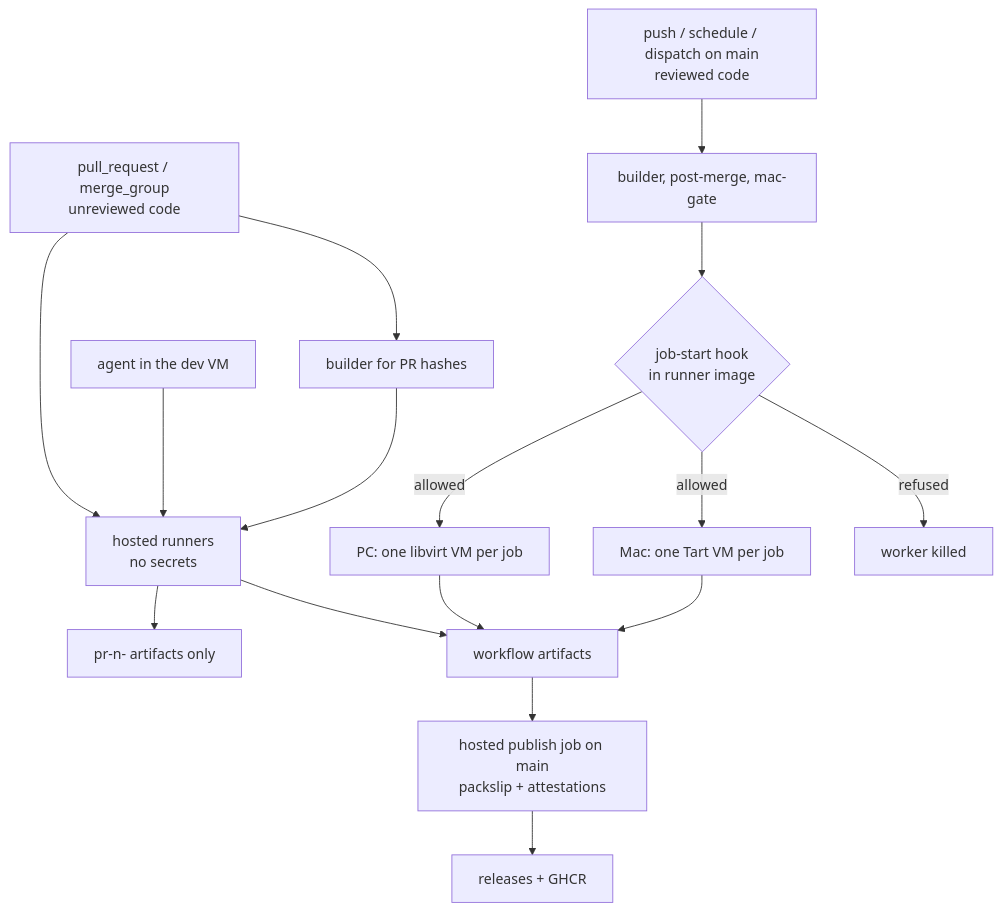
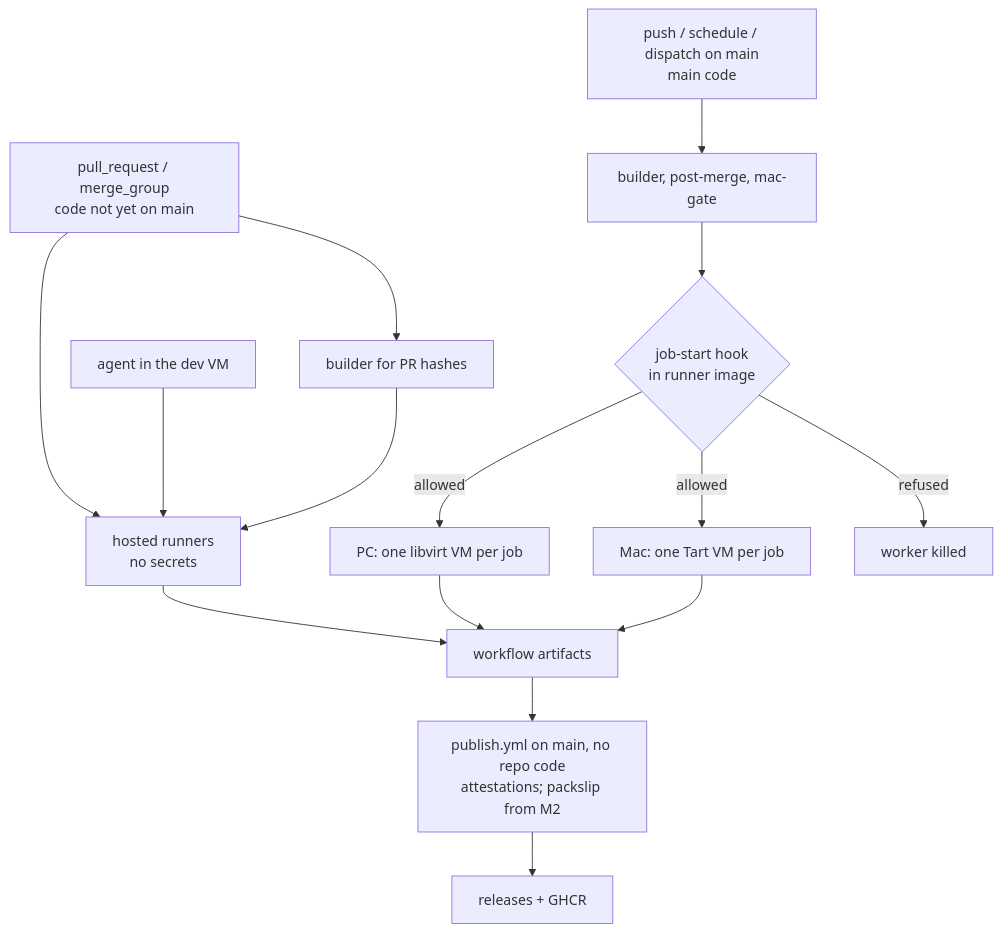
One commit to ray-manaloto/cpp-standard changed the second of 2 diagrams in docs/designs/environment-standard.md. Above: the diagram before and after it, drawn with Mermaid. The commit also changed other lines of this file and 11 other files, not shown here.

````diff
--- a/docs/designs/environment-standard.md
+++ b/docs/designs/environment-standard.md
@@ -830,17 +819,16 @@
 ```mermaid
 flowchart TB
-  pr[pull_request / merge_group<br/>unreviewed code] --> hosted[hosted runners<br/>no secrets]
+  pr[pull_request / merge_group<br/>code not yet on main] --> hosted[hosted runners<br/>no secrets]
   agent[agent in the dev VM] --> hosted
   pr --> bpr[builder for PR hashes] --> hosted
-  hosted --> prpub[pr-n- artifacts only]
-  main[push / schedule / dispatch on main<br/>reviewed code] --> bmain[builder, post-merge, mac-gate]
+  main[push / schedule / dispatch on main<br/>main code] --> bmain[builder, post-merge, mac-gate]
   bmain --> hook{job-start hook<br/>in runner image}
   hook -->|allowed| pc[PC: one libvirt VM per job]
   hook -->|allowed| mac[Mac: one Tart VM per job]
   hook -->|refused| kill[worker killed]
   hosted --> art[workflow artifacts]
   pc --> art
   mac --> art
-  art --> pub[hosted publish job on main<br/>packslip + attestations]
+  art --> pub[publish.yml on main, no repo code<br/>attestations; packslip from M2]
   pub --> rel[releases + GHCR]
 ```
````
